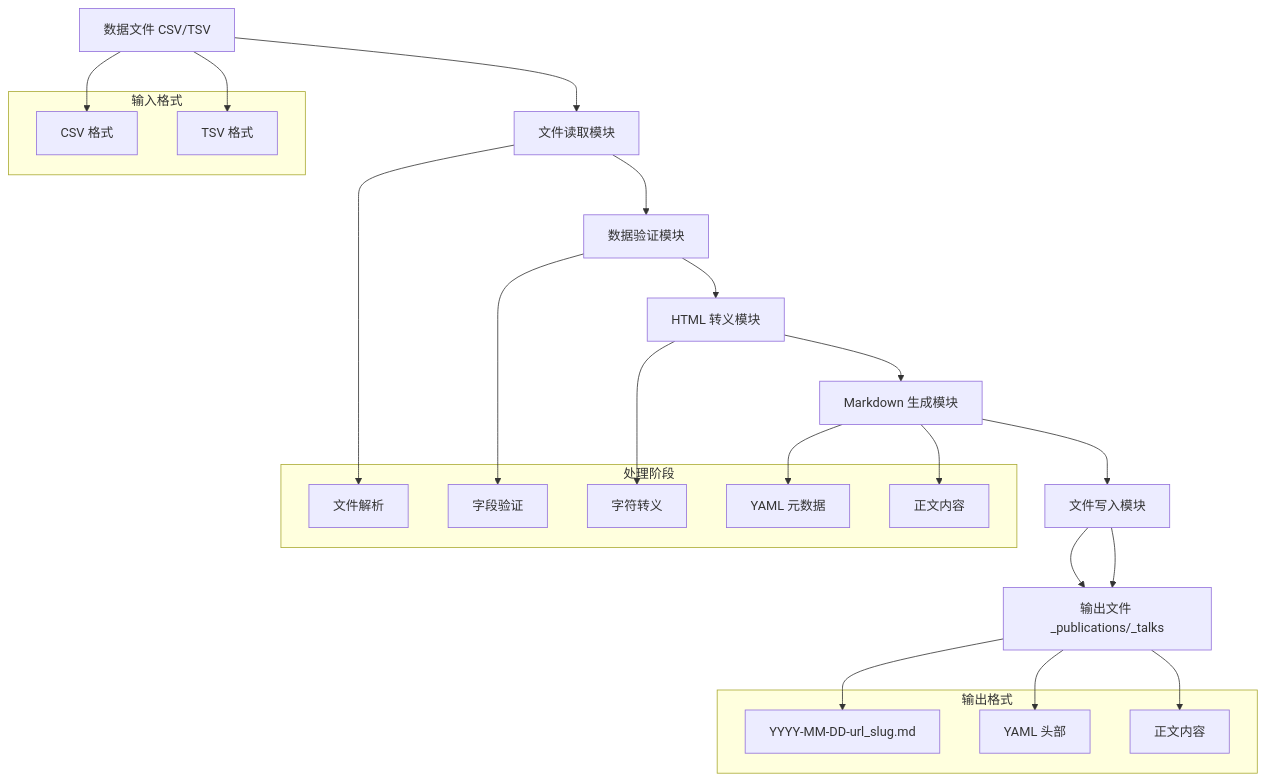
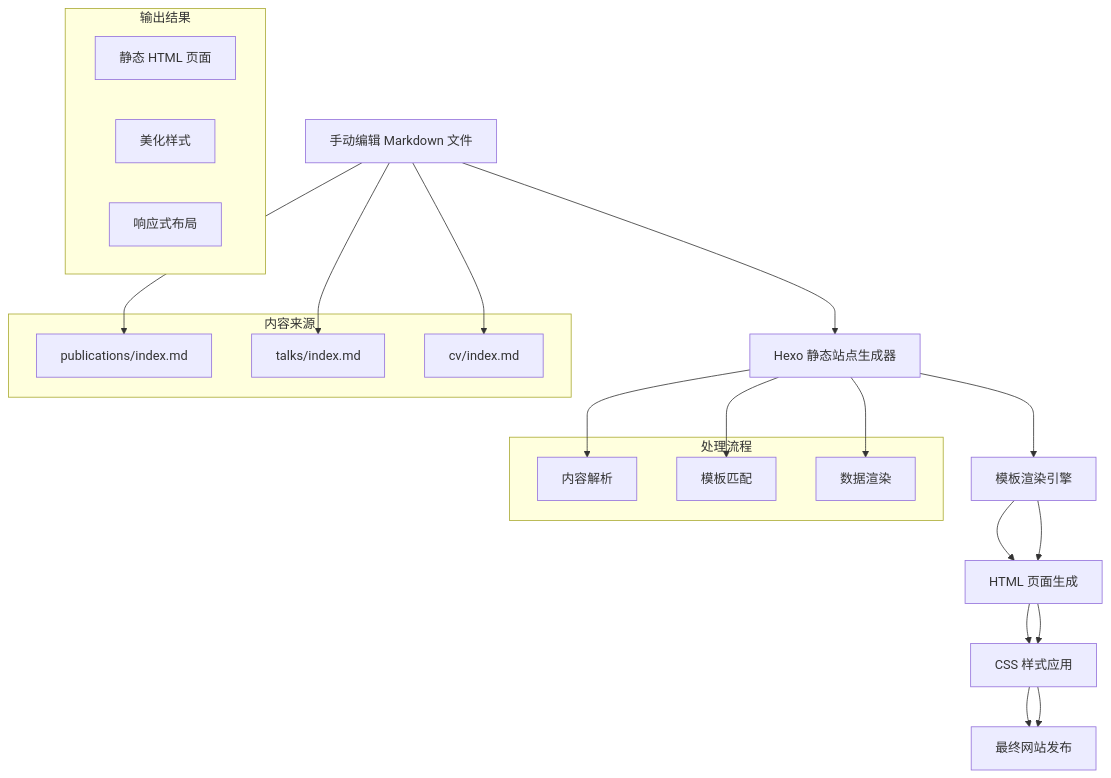
The second of 9 diagrams in .qoder/repowiki/zh/content/数据处理和自动化/Python 数据处理脚本.md (CoolPig0720/CoolPig0720.github.io), drawn with Mermaid before and after one commit. The commit also changed other lines of this file and 36 other files, not shown here.

````diff
--- a/.qoder/repowiki/zh/content/数据处理和自动化/Python 数据处理脚本.md
+++ b/.qoder/repowiki/zh/content/数据处理和自动化/Python 数据处理脚本.md
@@ -154,36 +127,32 @@
 ```mermaid
 flowchart TD
-A[数据文件 CSV/TSV] --> B[文件读取模块]
-B --> C[数据验证模块]
-C --> D[HTML 转义模块]
-D --> E[Markdown 生成模块]
-E --> F[文件写入模块]
-F --> G[输出文件 _publications/_talks]
-subgraph "输入格式"
-A1[CSV 格式]
-A2[TSV 格式]
+A[手动编辑 Markdown 文件] --> B[Hexo 静态站点生成器]
+B --> C[模板渲染引擎]
+C --> D[HTML 页面生成]
+D --> E[CSS 样式应用]
+E --> F[最终网站发布]
+subgraph "内容来源"
+A1[publications/index.md]
+A2[talks/index.md]
+A3[cv/index.md]
 end
-subgraph "处理阶段"
-B1[文件解析]
-C1[字段验证]
-D1[字符转义]
-E1[YAML 元数据]
-E2[正文内容]
+subgraph "处理流程"
+B1[内容解析]
+B2[模板匹配]
+B3[数据渲染]
 end
-subgraph "输出格式"
-G1[YYYY-MM-DD-url_slug.md]
-G2[YAML 头部]
-G3[正文内容]
+subgraph "输出结果"
+F1[静态 HTML 页面]
+F2[美化样式]
+F3[响应式布局]
 end
 A --> A1
 A --> A2
+A --> A3
 B --> B1
-C --> C1
-D --> D1
-E --> E1
-E --> E2
-F --> G
-G --> G1
-G --> G2
-G --> G3
+B --> B2
+B --> B3
+C --> D
+D --> E
+E --> F
 ```
````
